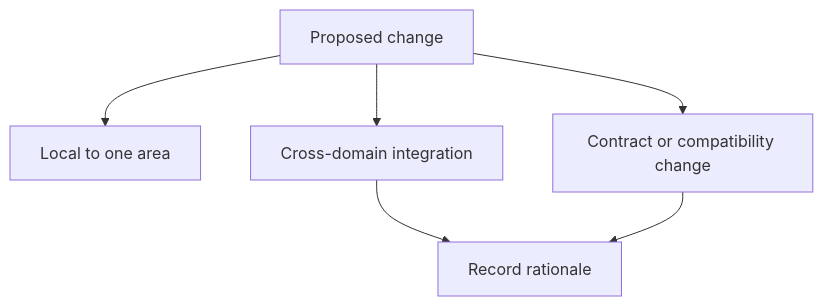
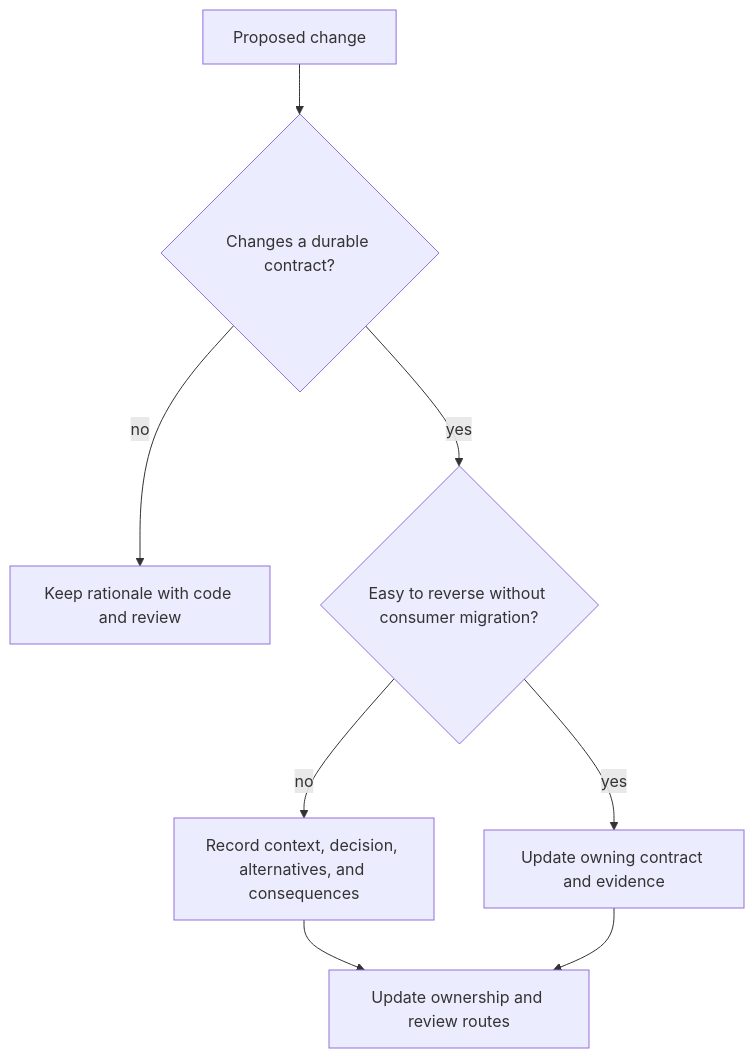
Before and after one commit to bijux/bijux-atlas: the diagram in docs/bijux-atlas-dev/workspace/decision-records-and-ownership.md, drawn with Mermaid. The commit also changed other lines of this file and 4 other files, not shown here.

````diff
--- a/docs/bijux-atlas-dev/workspace/decision-records-and-ownership.md
+++ b/docs/bijux-atlas-dev/workspace/decision-records-and-ownership.md
@@ -16,8 +18,10 @@
 ```mermaid
 flowchart TD
-    Change[Proposed change] --> Local[Local to one area]
-    Change --> Cross[Cross-domain integration]
-    Change --> Contract[Contract or compatibility change]
-    Cross --> Record[Record rationale]
-    Contract --> Record
+    Change[Proposed change] --> Observable{Changes a durable contract?}
+    Observable -->|no| Local[Keep rationale with code and review]
+    Observable -->|yes| Reversible{Easy to reverse without consumer migration?}
+    Reversible -->|yes| Contract[Update owning contract and evidence]
+    Reversible -->|no| ADR[Record context, decision, alternatives, and consequences]
+    ADR --> Owner[Update ownership and review routes]
+    Contract --> Owner
 ```
````
